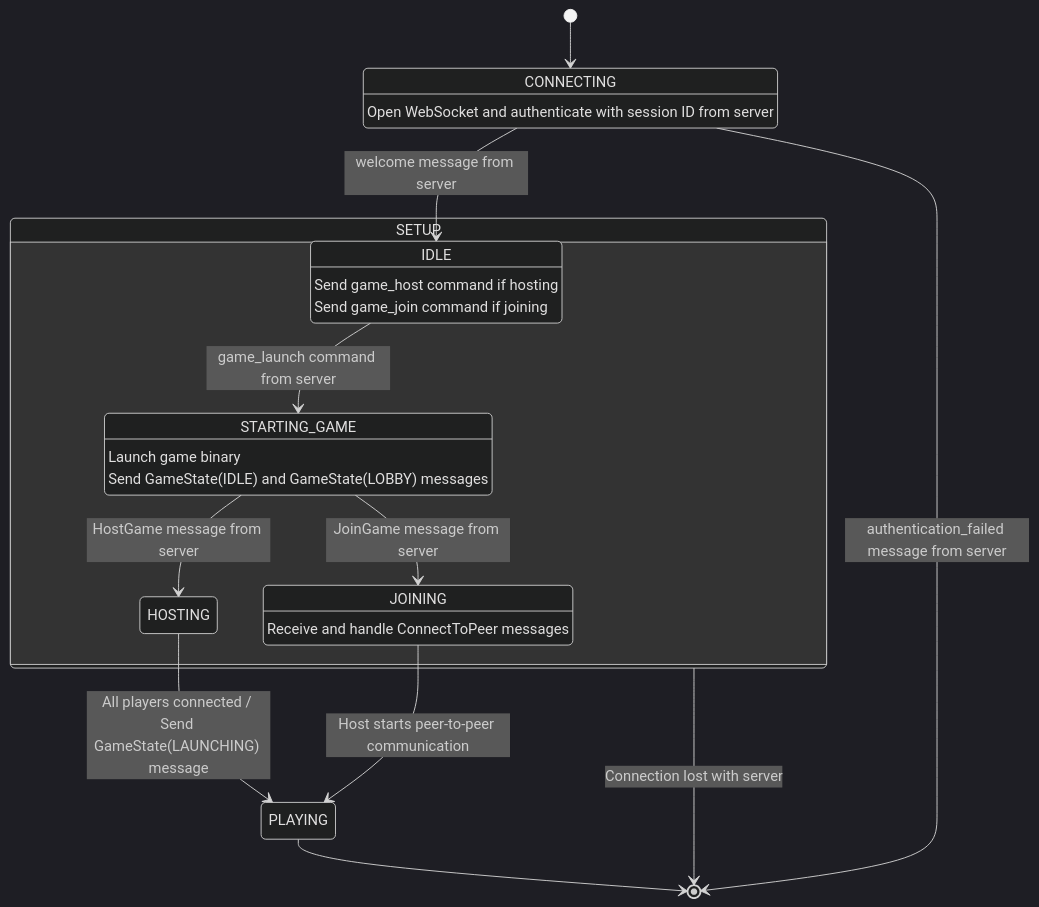
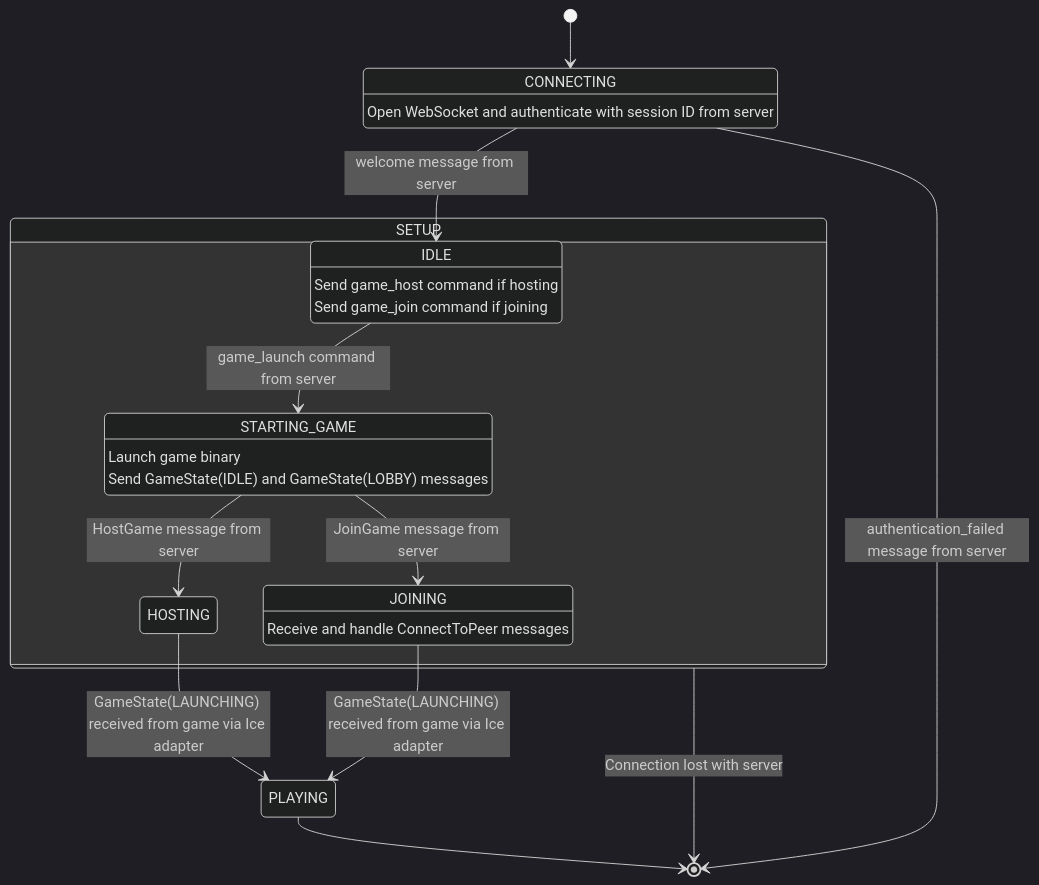
The second of 2 diagrams in documentation/research/state-diagram.md (md-173/faf-test-harness), drawn with Mermaid (dark theme) before and after one commit.

Commit message:
docs(mock-client): Update state diagram to be more explicit on PLAYING transitions

````diff
--- a/documentation/research/state-diagram.md
+++ b/documentation/research/state-diagram.md
@@ -84,33 +84,33 @@
 ```mermaid
 stateDiagram-v2
     [*] --> CONNECTING
     state "CONNECTING" as CONNECTING
     CONNECTING : Open WebSocket and authenticate with session ID from server
     CONNECTING --> IDLE: welcome message from server
 
     state "SETUP" as SETUP {
         state "IDLE" as IDLE
         IDLE : Send game_host command if hosting
         IDLE : Send game_join command if joining
 
         IDLE --> STARTING_GAME: game_launch command from server
 
         state "STARTING_GAME" as STARTING_GAME
         STARTING_GAME : Launch game binary
         STARTING_GAME : Send GameState(IDLE) and GameState(LOBBY) messages
 
         STARTING_GAME --> HOSTING : HostGame message from server
         STARTING_GAME --> JOINING : JoinGame message from server
 
         state "JOINING" as JOINING
         JOINING : Receive and handle ConnectToPeer messages
     }
 
-    JOINING --> PLAYING : Host starts peer-to-peer communication
-    HOSTING --> PLAYING : All players connected / Send GameState(LAUNCHING) message
+    JOINING --> PLAYING : GameState(LAUNCHING) received from game via Ice adapter
+    HOSTING --> PLAYING : GameState(LAUNCHING) received from game via Ice adapter
     PLAYING --> [*]
 
     # Error conditions
     CONNECTING --> [*] : authentication_failed message from server
     SETUP --> [*] : Connection lost with server
 ```
````
